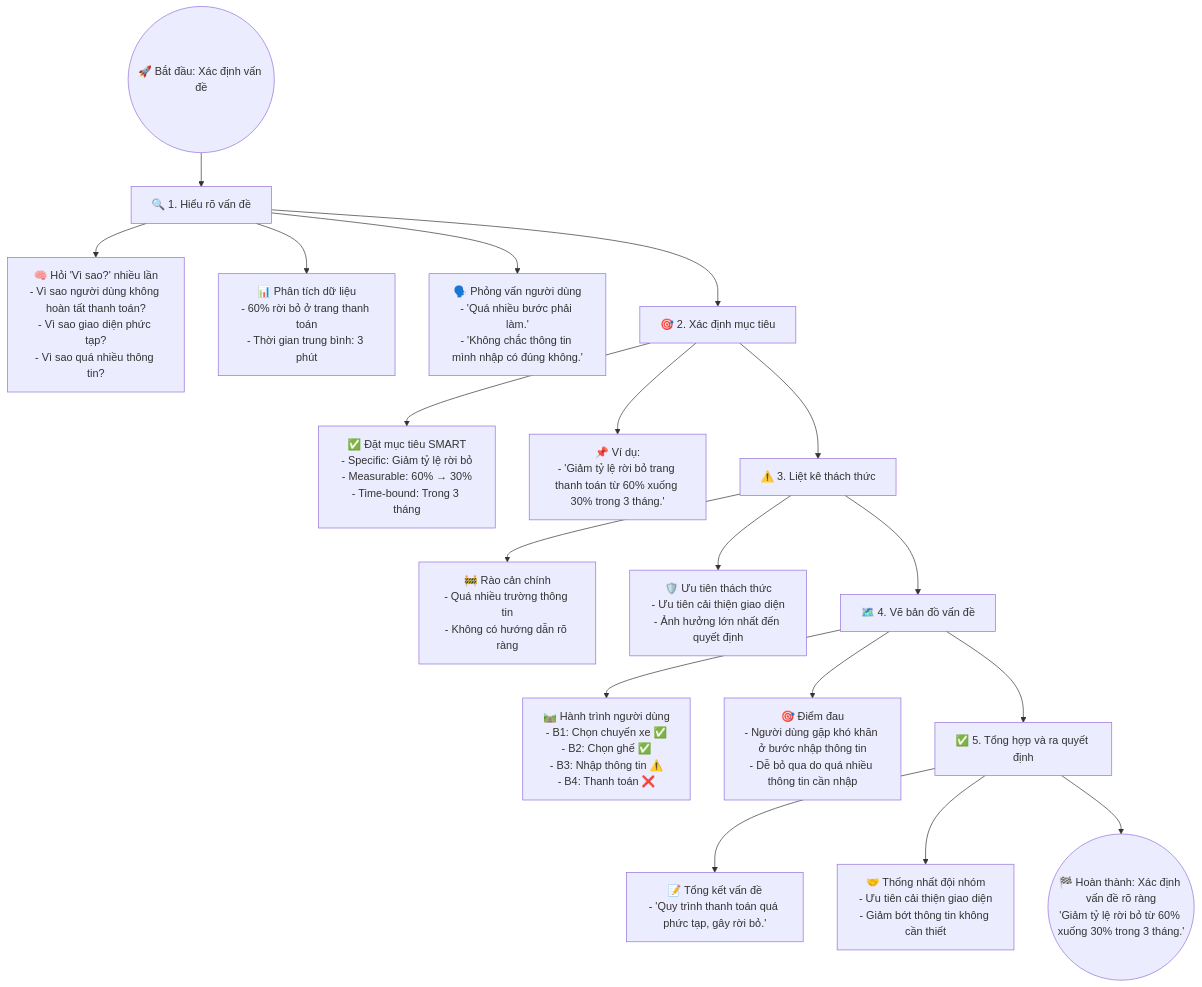
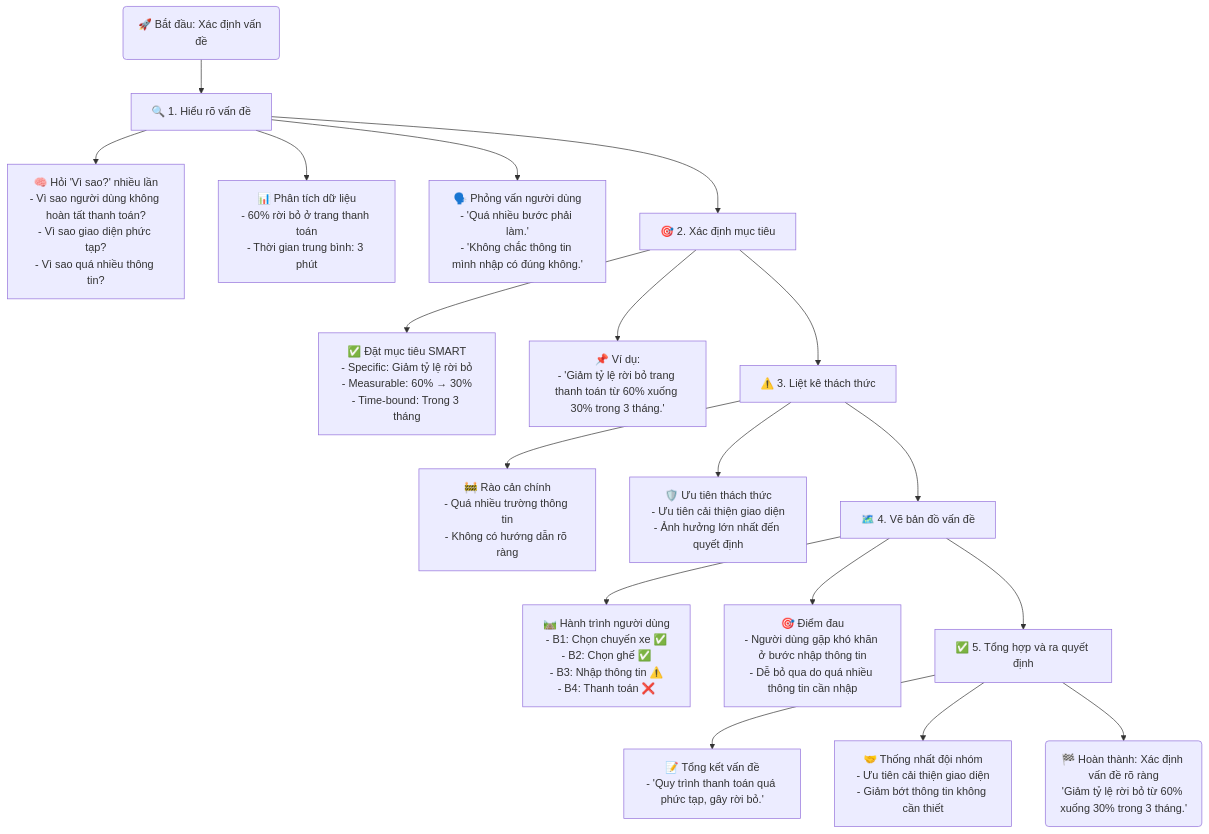
One commit to qtvhao/quickcurl changed the diagram in docs/designsprintkit/understand-example.mmd. Above: the diagram before and after it, drawn with Mermaid. The commit also changed 22 other files, not shown here.

Commit message:
Enhance problem framing documentation with improved examples and add root cause analysis flowcharts

```diff
--- a/docs/designsprintkit/understand-example.mmd
+++ b/docs/designsprintkit/understand-example.mmd
@@ -1,30 +1,30 @@
 flowchart TD
     %% BẮT ĐẦU QUY TRÌNH
-    A((🚀 Bắt đầu: Xác định vấn đề)) --> B[🔍 1. Hiểu rõ vấn đề]
+    A(🚀 Bắt đầu: Xác định vấn đề) --> B[🔍 1. Hiểu rõ vấn đề]
 
     B --> B1[🧠 Hỏi 'Vì sao?' nhiều lần<br>- Vì sao người dùng không hoàn tất thanh toán?<br>- Vì sao giao diện phức tạp?<br>- Vì sao quá nhiều thông tin?]
     B --> B2[📊 Phân tích dữ liệu<br>- 60% rời bỏ ở trang thanh toán<br>- Thời gian trung bình: 3 phút]
     B --> B3[🗣️ Phỏng vấn người dùng<br>- 'Quá nhiều bước phải làm.'<br>- 'Không chắc thông tin mình nhập có đúng không.']
 
     %% MỤC TIÊU RÕ RÀNG
     B --> C[🎯 2. Xác định mục tiêu]
     C --> C1[✅ Đặt mục tiêu SMART<br>- Specific: Giảm tỷ lệ rời bỏ<br>- Measurable: 60% → 30%<br>- Time-bound: Trong 3 tháng]
     C --> C2[📌 Ví dụ:<br>- 'Giảm tỷ lệ rời bỏ trang thanh toán từ 60% xuống 30% trong 3 tháng.']
 
     %% LIỆT KÊ THÁCH THỨC
     C --> D[⚠️ 3. Liệt kê thách thức]
     D --> D1[🚧 Rào cản chính<br>- Quá nhiều trường thông tin<br>- Không có hướng dẫn rõ ràng]
     D --> D2[🛡️ Ưu tiên thách thức<br>- Ưu tiên cải thiện giao diện<br>- Ảnh hưởng lớn nhất đến quyết định]
 
     %% VẼ BẢN ĐỒ VẤN ĐỀ
     D --> E[🗺️ 4. Vẽ bản đồ vấn đề]
     E --> E1[🛤️ Hành trình người dùng<br>- B1: Chọn chuyến xe ✅<br>- B2: Chọn ghế ✅<br>- B3: Nhập thông tin ⚠️<br>- B4: Thanh toán ❌]
     E --> E2[🎯 Điểm đau<br>- Người dùng gặp khó khăn ở bước nhập thông tin<br>- Dễ bỏ qua do quá nhiều thông tin cần nhập]
 
     %% RA QUYẾT ĐỊNH
     E --> F[✅ 5. Tổng hợp và ra quyết định]
     F --> F1[📝 Tổng kết vấn đề<br>- 'Quy trình thanh toán quá phức tạp, gây rời bỏ.']
     F --> F2[🤝 Thống nhất đội nhóm<br>- Ưu tiên cải thiện giao diện<br>- Giảm bớt thông tin không cần thiết]
 
     %% HOÀN THÀNH
-    F --> Z((🏁 Hoàn thành: Xác định vấn đề rõ ràng<br>'Giảm tỷ lệ rời bỏ từ 60% xuống 30% trong 3 tháng.'))
+    F --> Z(🏁 Hoàn thành: Xác định vấn đề rõ ràng<br>'Giảm tỷ lệ rời bỏ từ 60% xuống 30% trong 3 tháng.')
```
